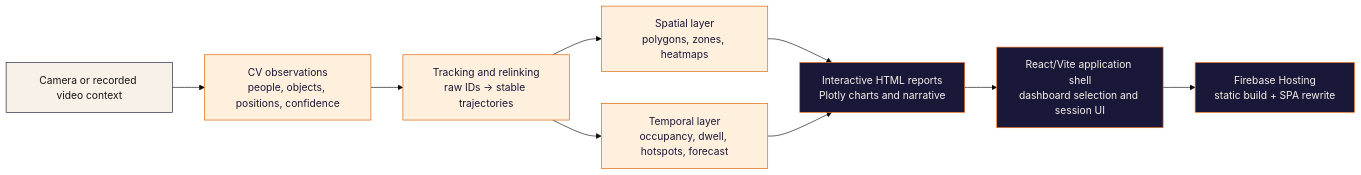
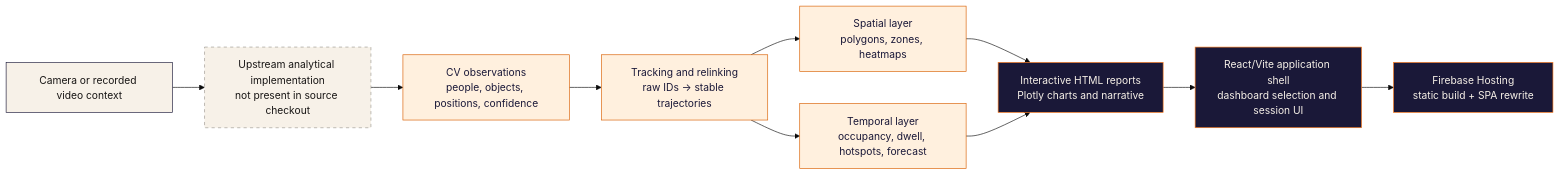
Before and after one commit to arielabade/visppy-cv: the diagram in assets/architecture/visppy-pipeline.mmd, drawn with Mermaid (base theme). The commit also changed 7 other files, not shown here.

```diff
--- a/assets/architecture/visppy-pipeline.mmd
+++ b/assets/architecture/visppy-pipeline.mmd
@@ -1,26 +1,29 @@
 flowchart LR
     CAM[Camera or recorded video context]
+    BOUNDARY[Upstream analytical implementation<br/>not present in source checkout]
     OBS[CV observations<br/>people, objects, positions, confidence]
     TRACK[Tracking and relinking<br/>raw IDs → stable trajectories]
     ZONE[Spatial layer<br/>polygons, zones, heatmaps]
     TEMP[Temporal layer<br/>occupancy, dwell, hotspots, forecast]
     REPORT[Interactive HTML reports<br/>Plotly charts and narrative]
     SHELL[React/Vite application shell<br/>dashboard selection and session UI]
     HOST[Firebase Hosting<br/>static build + SPA rewrite]
 
-    CAM --> OBS
+    CAM --> BOUNDARY --> OBS
     OBS --> TRACK
     TRACK --> ZONE
     TRACK --> TEMP
     ZONE --> REPORT
     TEMP --> REPORT
     REPORT --> SHELL
     SHELL --> HOST
 
     classDef source fill:#F7F1E8,stroke:#1A1838,color:#181615;
+    classDef boundary fill:#F7F1E8,stroke:#9C9890,color:#181615,stroke-dasharray: 5 5;
     classDef analysis fill:#FFF0DE,stroke:#D95F00,color:#1A1838;
     classDef delivery fill:#1A1838,stroke:#FF7A1A,color:#F7F1E8;
     class CAM source;
+    class BOUNDARY boundary;
     class OBS,TRACK,ZONE,TEMP analysis;
 
     class REPORT,SHELL,HOST delivery;
```
